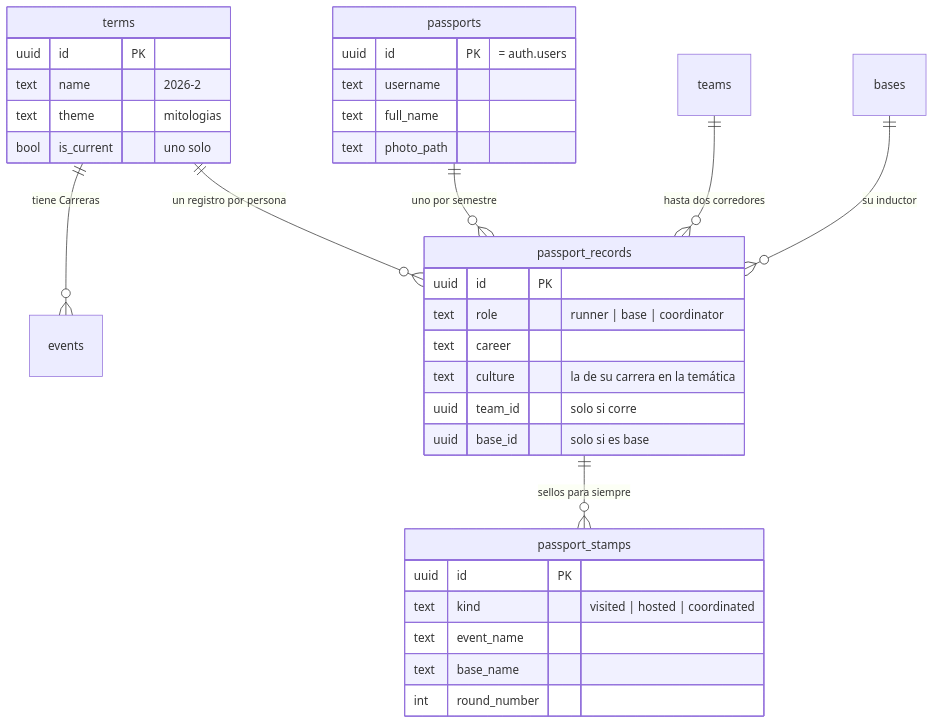
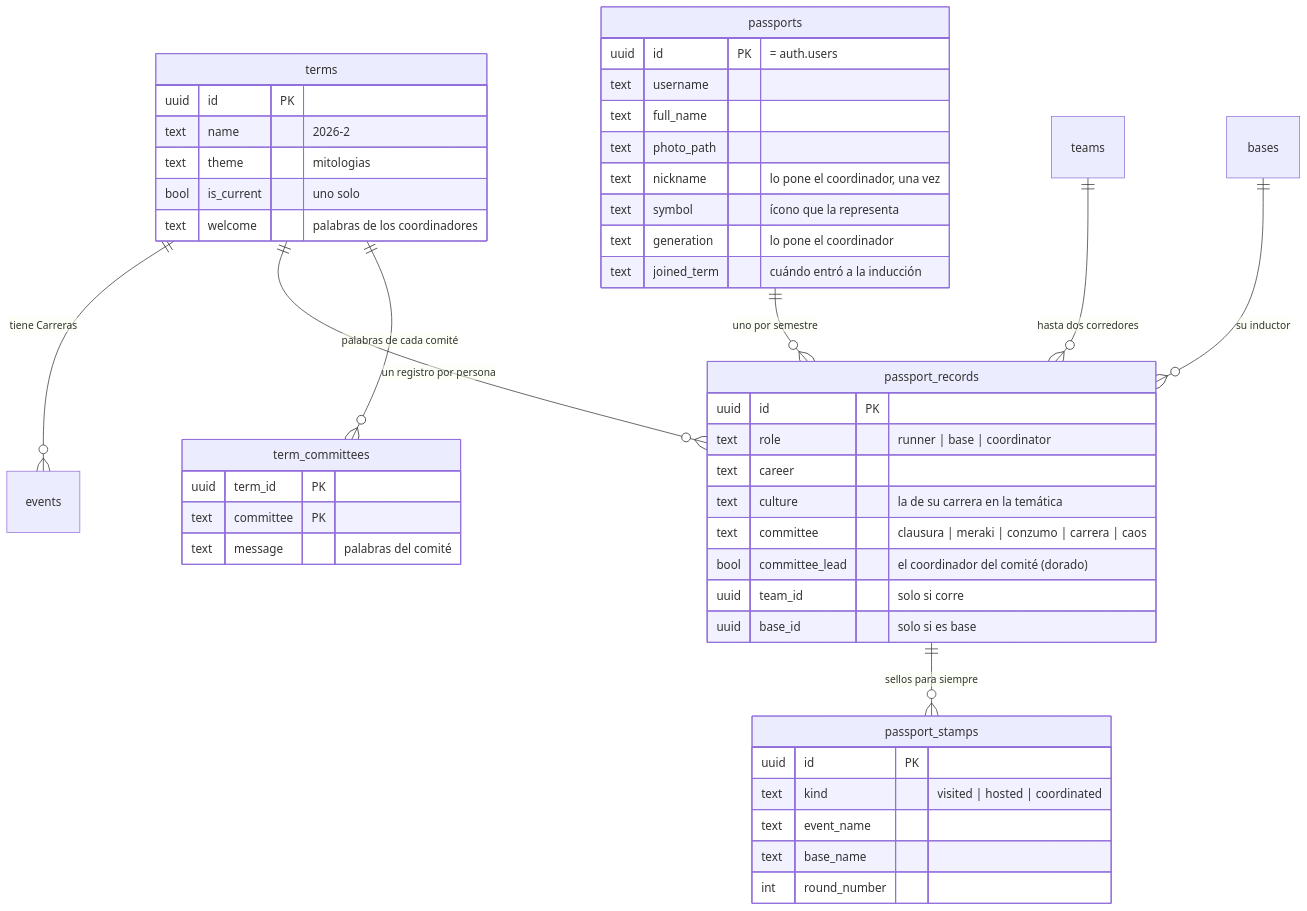
Before and after one commit to zdan13l/CarreApp: the second of 2 diagrams in docs/wiki/Modelo-de-datos.md, drawn with Mermaid. The commit also changed other lines of this file and 7 other files, not shown here.

````diff
--- a/docs/wiki/Modelo-de-datos.md
+++ b/docs/wiki/Modelo-de-datos.md
@@ -100,36 +100,49 @@
 ```mermaid
 erDiagram
   terms ||--o{ events : "tiene Carreras"
   terms ||--o{ passport_records : "un registro por persona"
+  terms ||--o{ term_committees : "palabras de cada comité"
   passports ||--o{ passport_records : "uno por semestre"
   teams ||--o{ passport_records : "hasta dos corredores"
   bases ||--o{ passport_records : "su inductor"
   passport_records ||--o{ passport_stamps : "sellos para siempre"
   terms {
     uuid id PK
     text name "2026-2"
     text theme "mitologias"
     bool is_current "uno solo"
+    text welcome "palabras de los coordinadores"
+  }
+  term_committees {
+    uuid term_id PK
+    text committee PK
+    text message "palabras del comité"
   }
   passports {
     uuid id PK "= auth.users"
     text username
     text full_name
     text photo_path
+    text nickname "lo pone el coordinador, una vez"
+    text symbol "ícono que la representa"
+    text generation "lo pone el coordinador"
+    text joined_term "cuándo entró a la inducción"
   }
   passport_records {
     uuid id PK
     text role "runner | base | coordinator"
     text career
     text culture "la de su carrera en la temática"
+    text committee "clausura | meraki | conzumo | carrera | caos"
+    bool committee_lead "el coordinador del comité (dorado)"
     uuid team_id "solo si corre"
     uuid base_id "solo si es base"
   }
   passport_stamps {
     uuid id PK
     text kind "visited | hosted | coordinated"
     text event_name
     text base_name
     int round_number
   }
 ```
````
